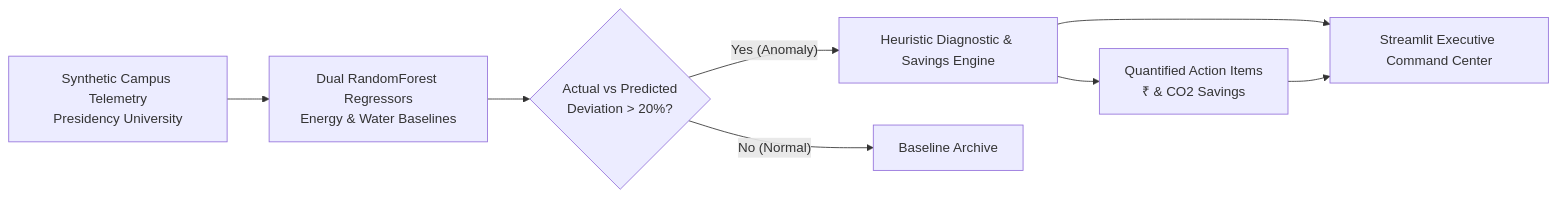
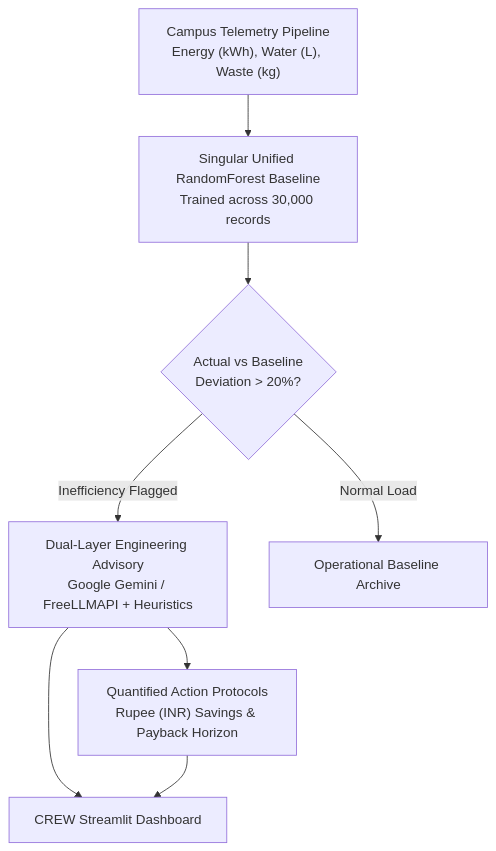
The diagram in README.md (jayanth-git3/crew), drawn with Mermaid before and after one commit. The commit also changed other lines of this file, not shown here.

Commit message:
docs: rewrite README with formal system architecture, zero emojis, and production framing

````diff
--- a/README.md
+++ b/README.md
@@ -11,10 +9,10 @@
 ```mermaid
-flowchart LR
-    A[Synthetic Campus Telemetry<br/>Presidency University] --> B[Dual RandomForest Regressors<br/>Energy & Water Baselines]
-    B --> C{Actual vs Predicted<br/>Deviation > 20%?}
-    C -- Yes (Anomaly) --> D[Heuristic Diagnostic & Savings Engine]
-    C -- No (Normal) --> E[Baseline Archive]
-    D --> F[Quantified Action Items<br/>₹ & CO2 Savings]
-    D --> G[Streamlit Executive Command Center]
+flowchart TD
+    A["Campus Telemetry Pipeline<br/>Energy (kWh), Water (L), Waste (kg)"] --> B["Singular Unified RandomForest Baseline<br/>Trained across 30,000 records"]
+    B --> C{"Actual vs Baseline<br/>Deviation > 20%?"}
+    C -- Inefficiency Flagged --> D["Dual-Layer Engineering Advisory<br/>Google Gemini / FreeLLMAPI + Heuristics"]
+    C -- Normal Load --> E["Operational Baseline Archive"]
+    D --> F["Quantified Action Protocols<br/>Rupee (INR) Savings & Payback Horizon"]
+    D --> G["CREW Streamlit Dashboard"]
     F --> G
 ```
````
